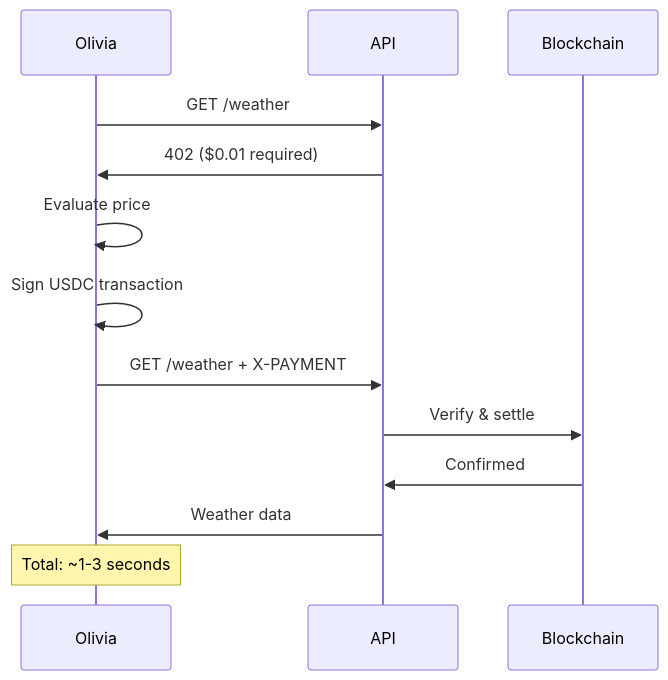
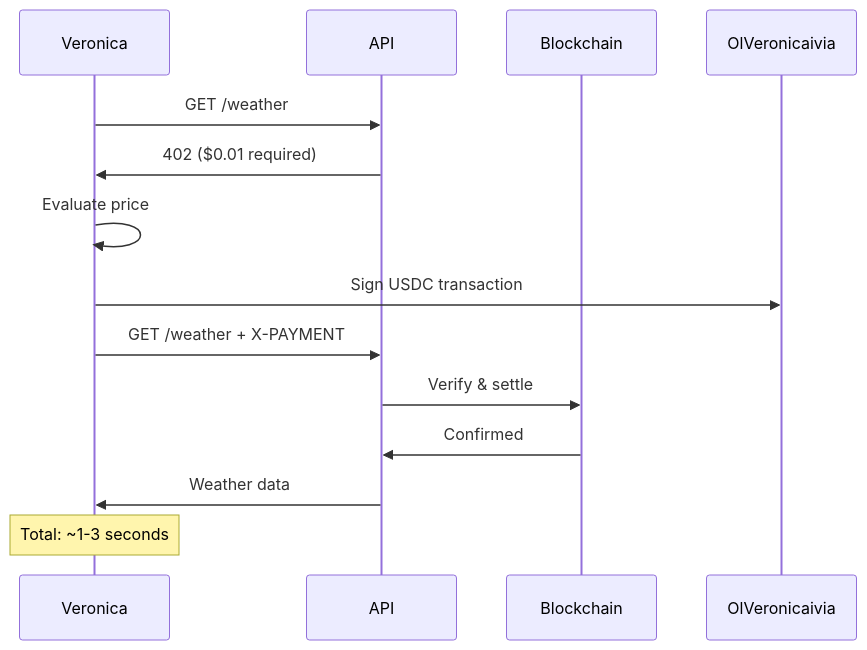
The diagram in docs/README.md (LolyxMoon/Aptos-x402), drawn with Mermaid before and after one commit. The commit also changed other lines of this file and 12 other files, not shown here.

````diff
--- a/docs/README.md
+++ b/docs/README.md
@@ -71,17 +71,17 @@
 ```mermaid
 sequenceDiagram
-    participant Olivia
+    participant Veronica
     participant API
     participant Blockchain
     
-    Olivia->>API: GET /weather
-    API->>Olivia: 402 ($0.01 required)
-    Olivia->>Olivia: Evaluate price
-    Olivia->>Olivia: Sign USDC transaction
-    Olivia->>API: GET /weather + X-PAYMENT
+    Veronica->>API: GET /weather
+    API->>Veronica: 402 ($0.01 required)
+    Veronica->>Veronica: Evaluate price
+    Veronica->>OlVeronicaivia: Sign USDC transaction
+    Veronica->>API: GET /weather + X-PAYMENT
     API->>Blockchain: Verify & settle
     Blockchain->>API: Confirmed
-    API->>Olivia: Weather data
+    API->>Veronica: Weather data
     
-    Note over Olivia: Total: ~1-3 seconds
+    Note over Veronica: Total: ~1-3 seconds
 ```
````
